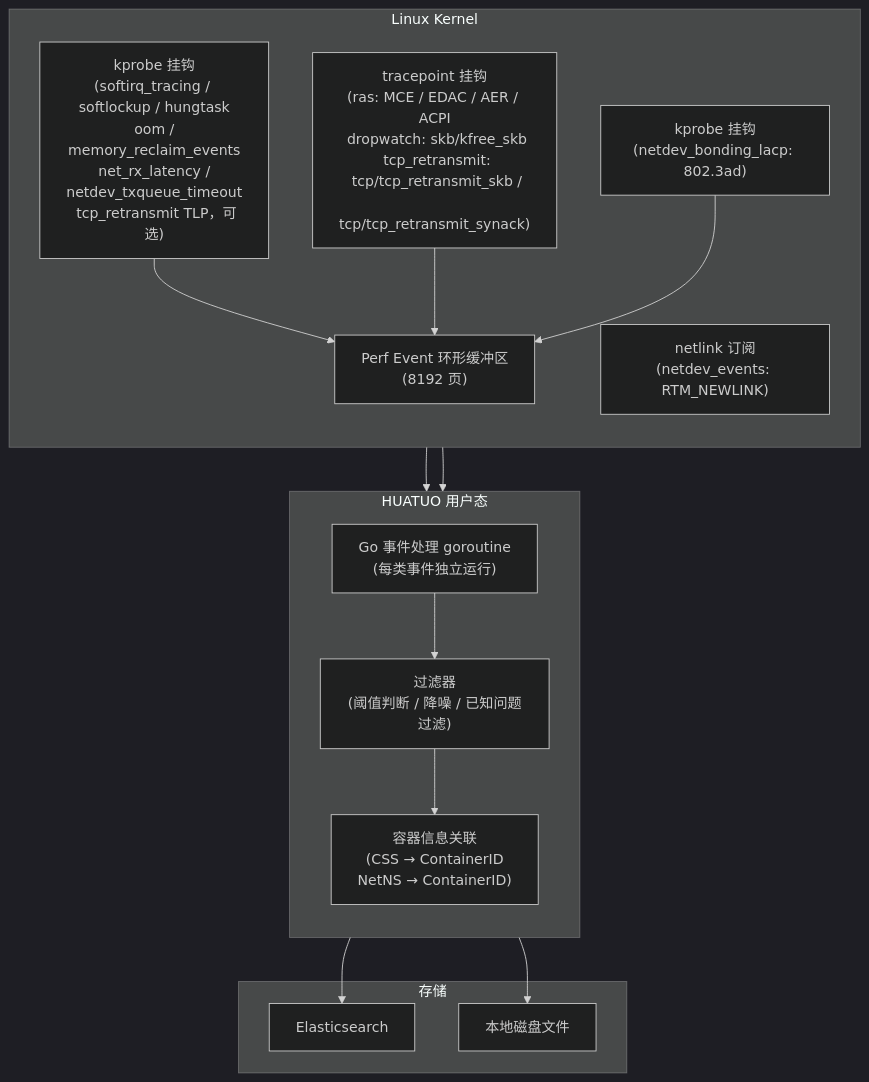
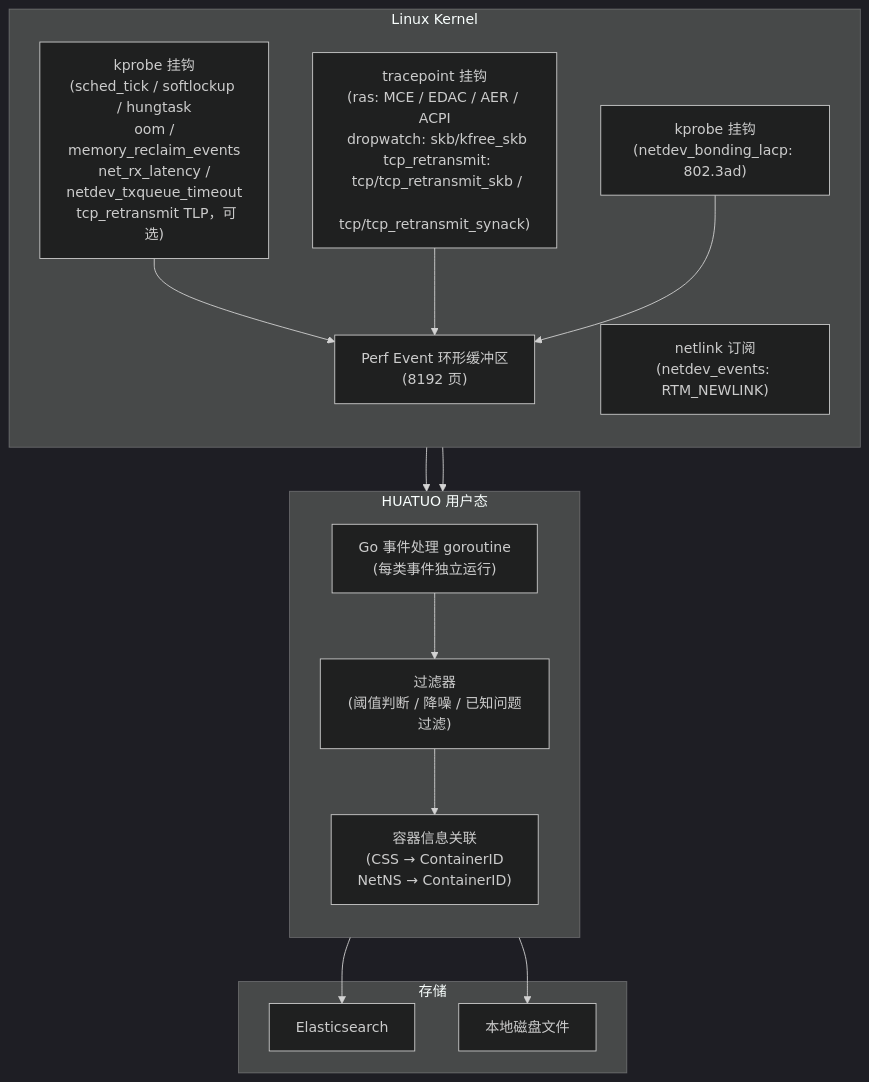
Before and after one commit to ccfos/huatuo: the first of 2 diagrams in docs/key-feature/instant-observability_zh.md, drawn with Mermaid (dark theme). The commit also changed other lines of this file and 16 other files, not shown here.

First line of the commit message:
refactor(events): rename scheduler tick tracer

````diff
--- a/docs/key-feature/instant-observability_zh.md
+++ b/docs/key-feature/instant-observability_zh.md
@@ -514,33 +522,33 @@
 ```mermaid
 graph TB
     subgraph "Linux Kernel"
         direction TB
-        K1["kprobe 挂钩\n(softirq_tracing / softlockup / hungtask\n oom / memory_reclaim_events\n net_rx_latency / netdev_txqueue_timeout\n tcp_retransmit TLP，可选)"]
+        K1["kprobe 挂钩\n(sched_tick / softlockup / hungtask\n oom / memory_reclaim_events\n net_rx_latency / netdev_txqueue_timeout\n tcp_retransmit TLP，可选)"]
         K2["tracepoint 挂钩\n(ras: MCE / EDAC / AER / ACPI\n dropwatch: skb/kfree_skb\n tcp_retransmit:\n tcp/tcp_retransmit_skb /\n tcp/tcp_retransmit_synack)"]
         K3["netlink 订阅\n(netdev_events: RTM_NEWLINK)"]
         K4["kprobe 挂钩\n(netdev_bonding_lacp: 802.3ad)"]
         PEB["Perf Event 环形缓冲区\n(8192 页)"]
     end
 
     subgraph "HUATUO 用户态"
         direction TB
         EH["Go 事件处理 goroutine\n(每类事件独立运行)"]
         CF["过滤器\n(阈值判断 / 降噪 / 已知问题过滤)"]
         CM["容器信息关联\n(CSS → ContainerID\n NetNS → ContainerID)"]
     end
 
     subgraph "存储"
         ES["Elasticsearch"]
         DISK["本地磁盘文件"]
     end
 
     K1 --> PEB
     K2 --> PEB
     K4 --> PEB
     PEB --> EH
     K3 --> EH
     EH --> CF
     CF --> CM
     CM --> ES
     CM --> DISK
 ```
````
